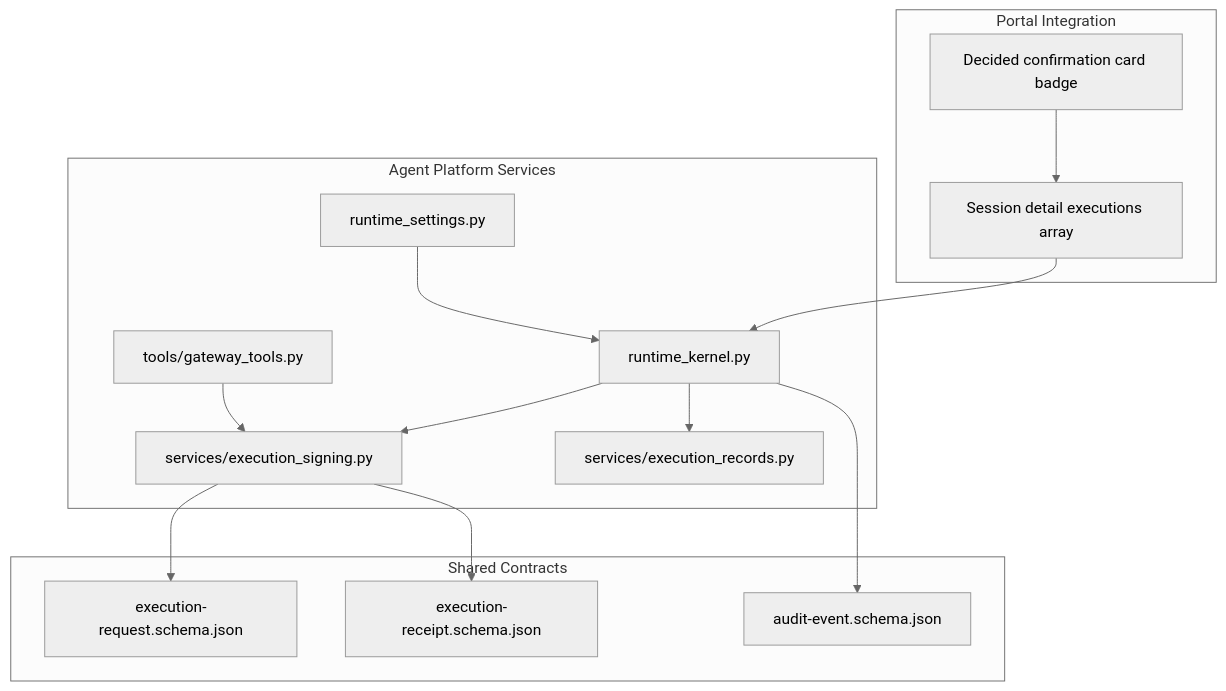
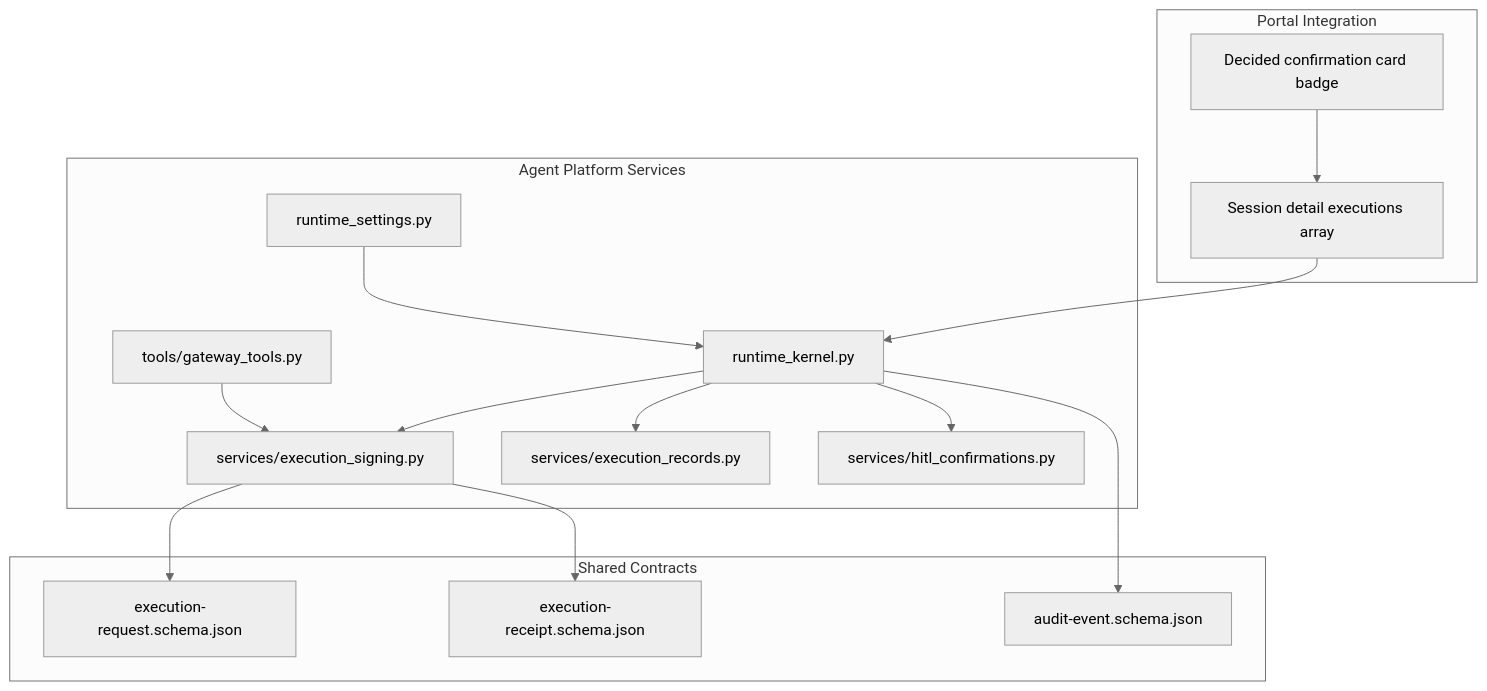
The first of 9 diagrams in .qoder/repowiki/en/content/Architecture Documentation/SPEC-037_ Signed Execution Requests and Receipts.md (metasync/luban-aiops), drawn with Mermaid (neutral theme) before and after one commit. The commit also changed other lines of this file and 169 other files, not shown here.

````diff
--- a/.qoder/repowiki/en/content/Architecture Documentation/SPEC-037_ Signed Execution Requests and Receipts.md
+++ b/.qoder/repowiki/en/content/Architecture Documentation/SPEC-037_ Signed Execution Requests and Receipts.md
@@ -60,28 +63,30 @@
 ```mermaid
 graph TB
 subgraph "Agent Platform Services"
 ES["services/execution_signing.py"]
 ER["services/execution_records.py"]
 RK["runtime_kernel.py"]
 GT["tools/gateway_tools.py"]
+HC["services/hitl_confirmations.py"]
 RS["runtime_settings.py"]
 end
 subgraph "Shared Contracts"
 ERQ["execution-request.schema.json"]
 ERT["execution-receipt.schema.json"]
 AUD["audit-event.schema.json"]
 end
 subgraph "Portal Integration"
 UI["Decided confirmation card badge"]
 SD["Session detail executions array"]
 end
 ES --> ERQ
 ES --> ERT
 RK --> ES
 RK --> ER
+RK --> HC
 RK --> AUD
 GT --> ES
 UI --> SD
 SD --> RK
 RS --> RK
 ```
````
